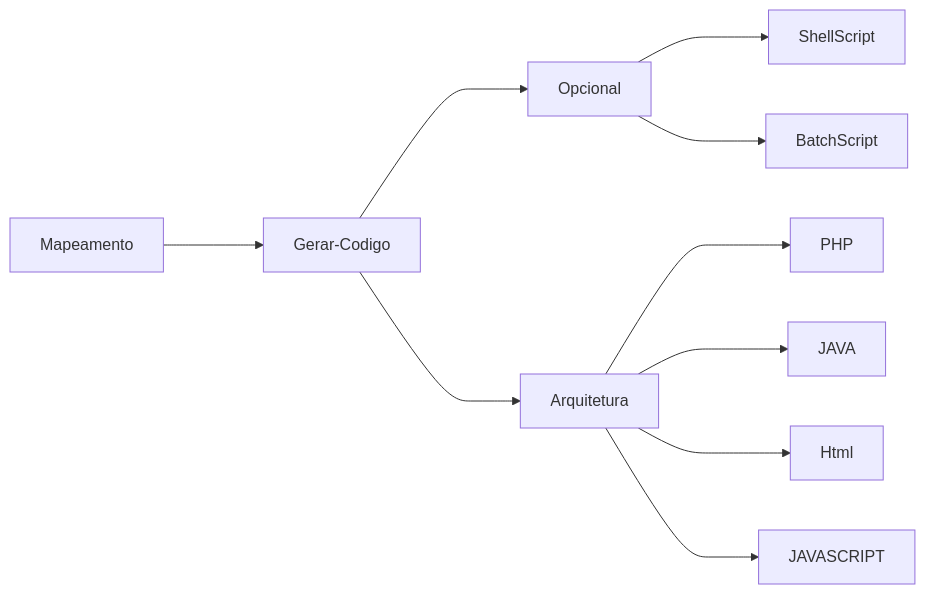
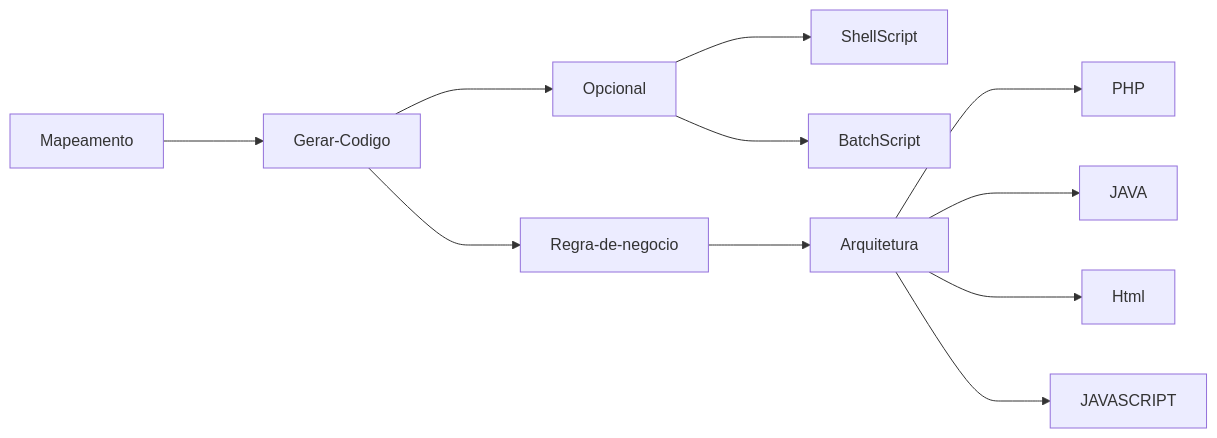
The diagram in Readme.md (HamiltonVentura/MapperIdea), drawn with Mermaid before and after one commit.

````diff
--- a/Readme.md
+++ b/Readme.md
@@ -34,12 +34,14 @@
 ```mermaid
 flowchart LR
     Mapeamento ---> Gerar-Codigo ---> Opcional ---> ShellScript;
     Opcional ---> BatchScript;
-    Gerar-Codigo ---> Arquitetura;
+    Gerar-Codigo ---> Regra-de-negocio;
+    Regra-de-negocio --->Arquitetura;
+ Arquitetura;
 
     Arquitetura --->PHP;
     Arquitetura --->JAVA;
     Arquitetura --->Html;
     Arquitetura --->JAVASCRIPT
      
 ```
````
